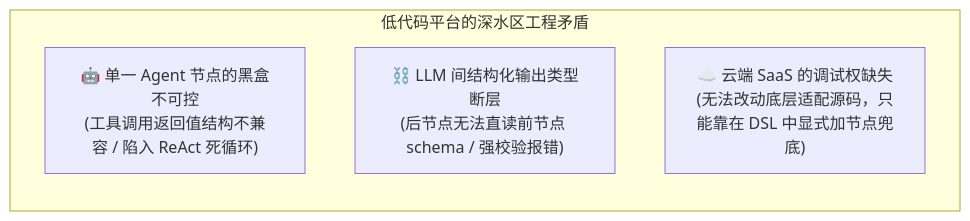
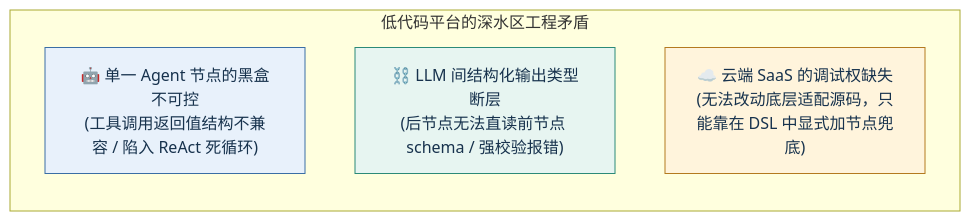
Before and after one commit to buffer121328/vibe-coding-and-agents: the diagram in 04_Dify实战/img/diagrams/08-diagram-06.mmd, drawn with Mermaid. The commit also changed 131 other files, not shown here.

Commit message:
docs: 润色第四至第六章正文与图表

```diff
--- a/04_Dify实战/img/diagrams/08-diagram-06.mmd
+++ b/04_Dify实战/img/diagrams/08-diagram-06.mmd
@@ -1,6 +1,11 @@
 graph LR
     subgraph Dilemma ["低代码平台的深水区工程矛盾"]
         D1["🤖 单一 Agent 节点的黑盒不可控\n(工具调用返回值结构不兼容 / 陷入 ReAct 死循环)"]
         D2["⛓️ LLM 间结构化输出类型断层\n(后节点无法直读前节点 schema / 强校验报错)"]
         D3["☁️ 云端 SaaS 的调试权缺失\n(无法改动底层适配源码，只能靠在 DSL 中显式加节点兜底)"]
     end
+
+%% Academic palette: restrained blue, teal, gold, violet, and coral accents.
+style D1 fill:#E8F1FB,stroke:#3A6EA5,color:#17324D
+style D2 fill:#E7F5F1,stroke:#2B8A78,color:#17324D
+style D3 fill:#FFF4DC,stroke:#B47A1F,color:#17324D
```
